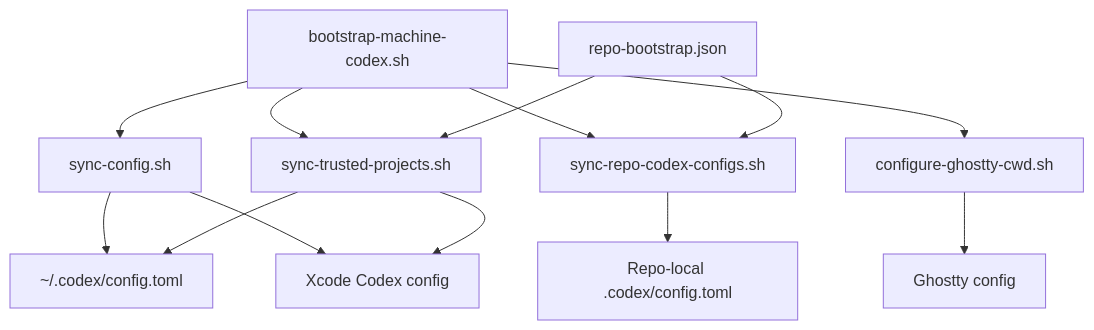
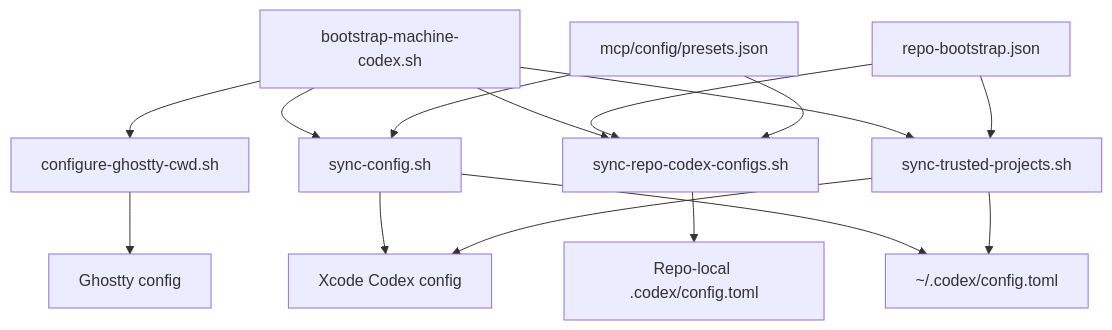
Before and after one commit to wisdom-in-a-nutshell/.agents: the first of 5 diagrams in docs/architecture/codex-control-plane-script-flows.md, drawn with Mermaid. The commit also changed other lines of this file and 59 other files, not shown here.

````diff
--- a/docs/architecture/codex-control-plane-script-flows.md
+++ b/docs/architecture/codex-control-plane-script-flows.md
@@ -19,15 +19,17 @@
 ```mermaid
 flowchart TD
     A[bootstrap-machine-codex.sh] --> B[sync-config.sh]
     A --> C[sync-trusted-projects.sh]
     A --> D[sync-repo-codex-configs.sh]
     A --> E[configure-ghostty-cwd.sh]
     R[repo-bootstrap.json] --> C
     R --> D
+    M[mcp/config/presets.json] --> B
+    M --> D
     B --> F[~/.codex/config.toml]
     B --> G[Xcode Codex config]
     C --> F
     C --> G
     D --> H[Repo-local .codex/config.toml]
     E --> I[Ghostty config]
 ```
````
